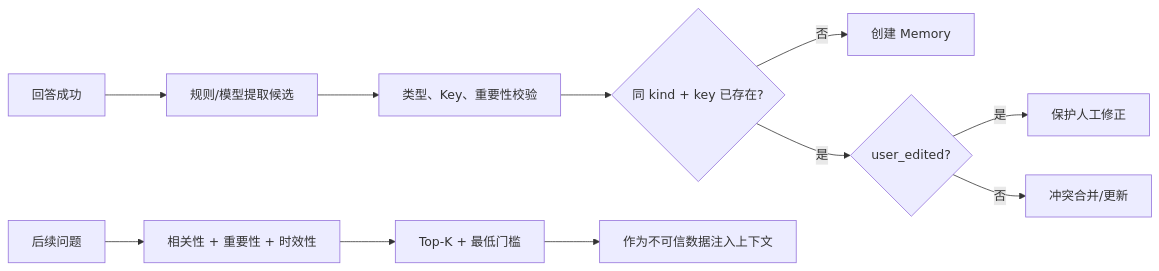
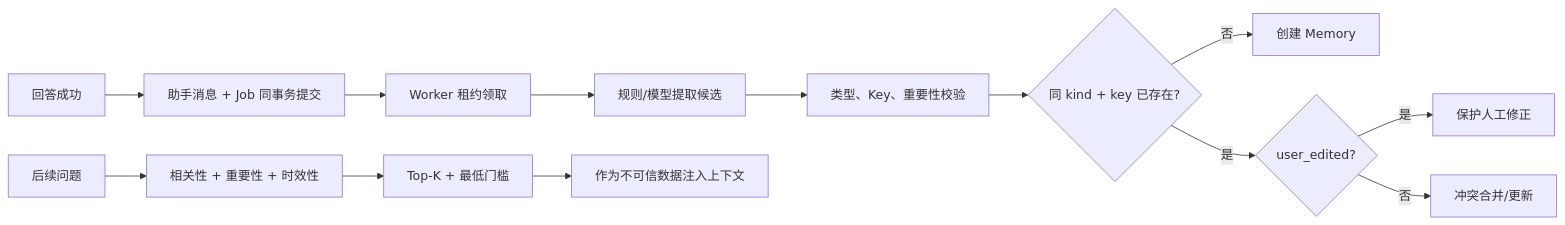
Before and after one commit to zora-DD/zora: the fifth of 9 diagrams in docs/project-analysis.md, drawn with Mermaid. The commit also changed other lines of this file and 37 other files, not shown here.

````diff
--- a/docs/project-analysis.md
+++ b/docs/project-analysis.md
@@ -461,13 +476,15 @@
 ```mermaid
 flowchart LR
-    Success["回答成功"] --> Extract["规则/模型提取候选"]
+    Success["回答成功"] --> Outbox["助手消息 + Job 同事务提交"]
+    Outbox --> Claim["Worker 租约领取"]
+    Claim --> Extract["规则/模型提取候选"]
     Extract --> Validate["类型、Key、重要性校验"]
     Validate --> Existing{"同 kind + key 已存在?"}
     Existing -- 否 --> Create["创建 Memory"]
     Existing -- 是 --> Edited{"user_edited?"}
     Edited -- 是 --> Skip["保护人工修正"]
     Edited -- 否 --> Merge["冲突合并/更新"]
     Question["后续问题"] --> Recall["相关性 + 重要性 + 时效性"]
     Recall --> Threshold["Top-K + 最低门槛"]
     Threshold --> Inject["作为不可信数据注入上下文"]
 ```
````
